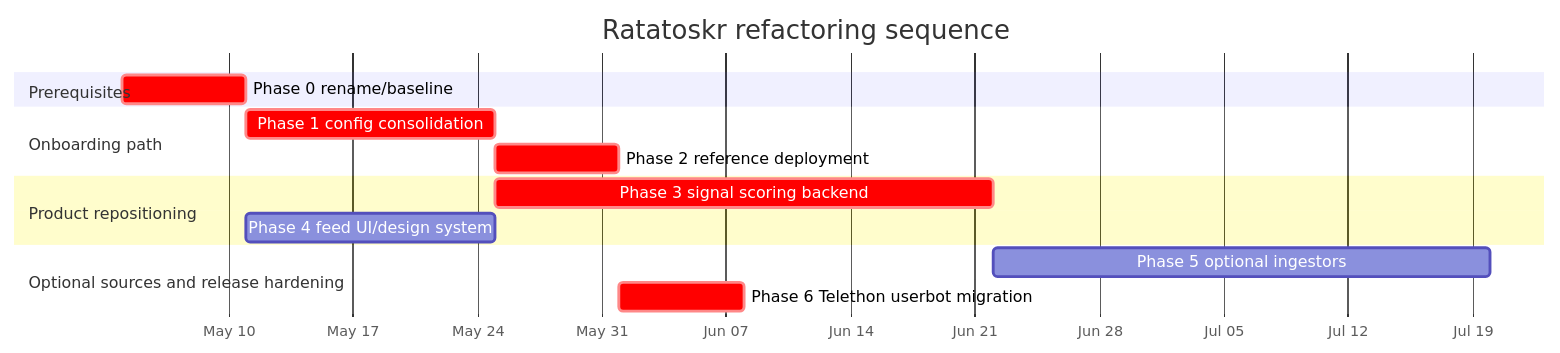
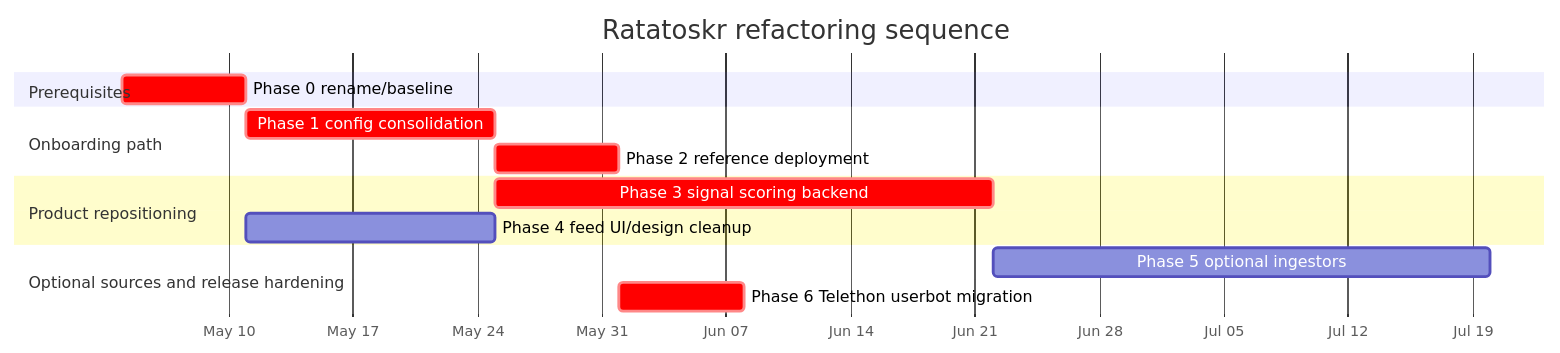
One commit to po4yka/bite-size-reader changed the diagram in docs/REFACTORING_ROADMAP.md. Above: the diagram before and after it, drawn with Mermaid. The commit also changed other lines of this file, not shown here.

First line of the commit message:
docs: record roadmap maintainer decisions

````diff
--- a/docs/REFACTORING_ROADMAP.md
+++ b/docs/REFACTORING_ROADMAP.md
@@ -323,21 +325,21 @@
 ```mermaid
 gantt
     title Ratatoskr refactoring sequence
     dateFormat  YYYY-MM-DD
     axisFormat  %b %d
 
     section Prerequisites
     Phase 0 rename/baseline              :crit, p0, 2026-05-04, 1w
 
     section Onboarding path
     Phase 1 config consolidation         :crit, p1, after p0, 2w
     Phase 2 reference deployment         :crit, p2, after p1, 1w
 
     section Product repositioning
     Phase 3 signal scoring backend       :crit, p3, after p1, 4w
-    Phase 4 feed UI/design system        :p4, after p0, 2w
+    Phase 4 feed UI/design cleanup       :p4, after p0, 2w
 
     section Optional sources and release hardening
     Phase 5 optional ingestors           :p5, after p3, 4w
     Phase 6 Telethon userbot migration   :crit, p6, after p2, 1w
 ```
````
